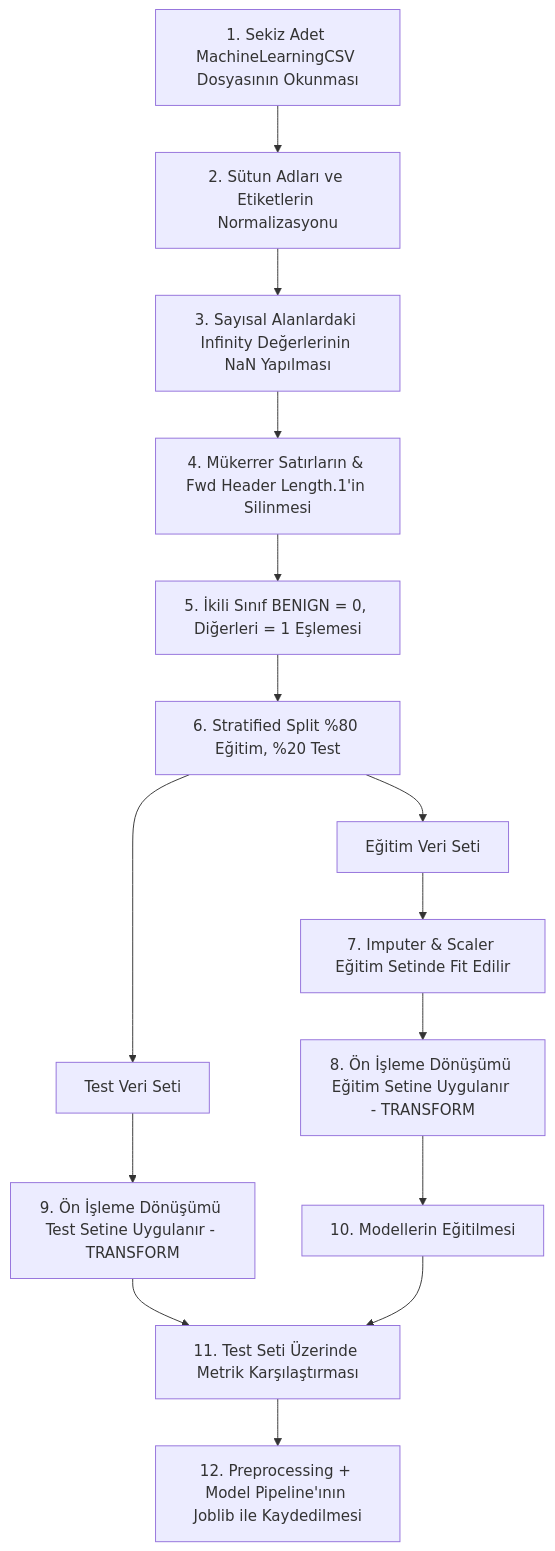
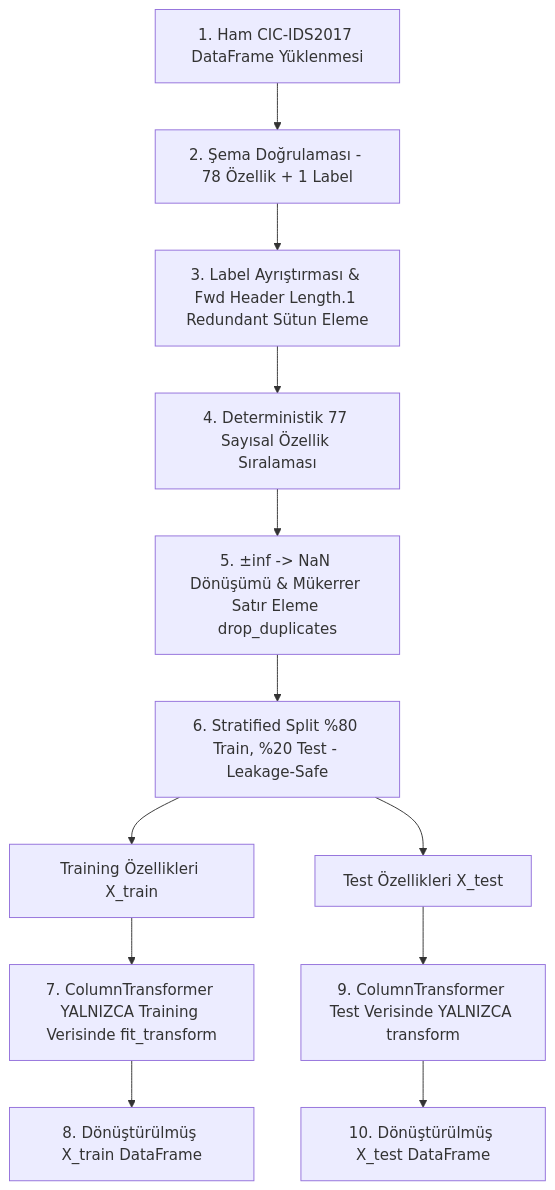
The diagram in docs/architecture/07-ml-training-and-inference.md (mustafaemre027/securewatch-ai), drawn with Mermaid before and after one commit. The commit also changed other lines of this file and 2 other files, not shown here.

Commit message:
docs(preprocessing): document leakage-safe pipeline

````diff
--- a/docs/architecture/07-ml-training-and-inference.md
+++ b/docs/architecture/07-ml-training-and-inference.md
@@ -14,17 +17,14 @@
 ```mermaid
 flowchart TD
-    A[1. Sekiz Adet MachineLearningCSV Dosyasının Okunması] --> B[2. Sütun Adları ve Etiketlerin Normalizasyonu]
-    B --> C[3. Sayısal Alanlardaki Infinity Değerlerinin NaN Yapılması]
-    C --> D[4. Mükerrer Satırların & Fwd Header Length.1'in Silinmesi]
-    D --> E[5. İkili Sınıf BENIGN = 0, Diğerleri = 1 Eşlemesi]
-    E --> F[6. Stratified Split %80 Eğitim, %20 Test]
-    F --> G1[Eğitim Veri Seti]
-    F --> G2[Test Veri Seti]
-    G1 --> H[7. Imputer & Scaler Eğitim Setinde Fit Edilir]
-    H --> I1[8. Ön İşleme Dönüşümü Eğitim Setine Uygulanır - TRANSFORM]
-    G2 --> I2[9. Ön İşleme Dönüşümü Test Setine Uygulanır - TRANSFORM]
-    I1 --> J[10. Modellerin Eğitilmesi]
-    I2 --> K[11. Test Seti Üzerinde Metrik Karşılaştırması]
-    J --> K
-    K --> L[12. Preprocessing + Model Pipeline'ının Joblib ile Kaydedilmesi]
+    A[1. Ham CIC-IDS2017 DataFrame Yüklenmesi] --> B[2. Şema Doğrulaması - 78 Özellik + 1 Label]
+    B --> C[3. Label Ayrıştırması & Fwd Header Length.1 Redundant Sütun Eleme]
+    C --> D[4. Deterministik 77 Sayısal Özellik Sıralaması]
+    D --> E[5. ±inf -> NaN Dönüşümü & Mükerrer Satır Eleme drop_duplicates]
+    E --> F[6. Stratified Split %80 Train, %20 Test - Leakage-Safe]
+    F --> G1[Training Özellikleri X_train]
+    F --> G2[Test Özellikleri X_test]
+    G1 --> H[7. ColumnTransformer YALNIZCA Training Verisinde fit_transform]
+    H --> I1[8. Dönüştürülmüş X_train DataFrame]
+    G2 --> I2[9. ColumnTransformer Test Verisinde YALNIZCA transform]
+    I2 --> I3[10. Dönüştürülmüş X_test DataFrame]
 ```
````
